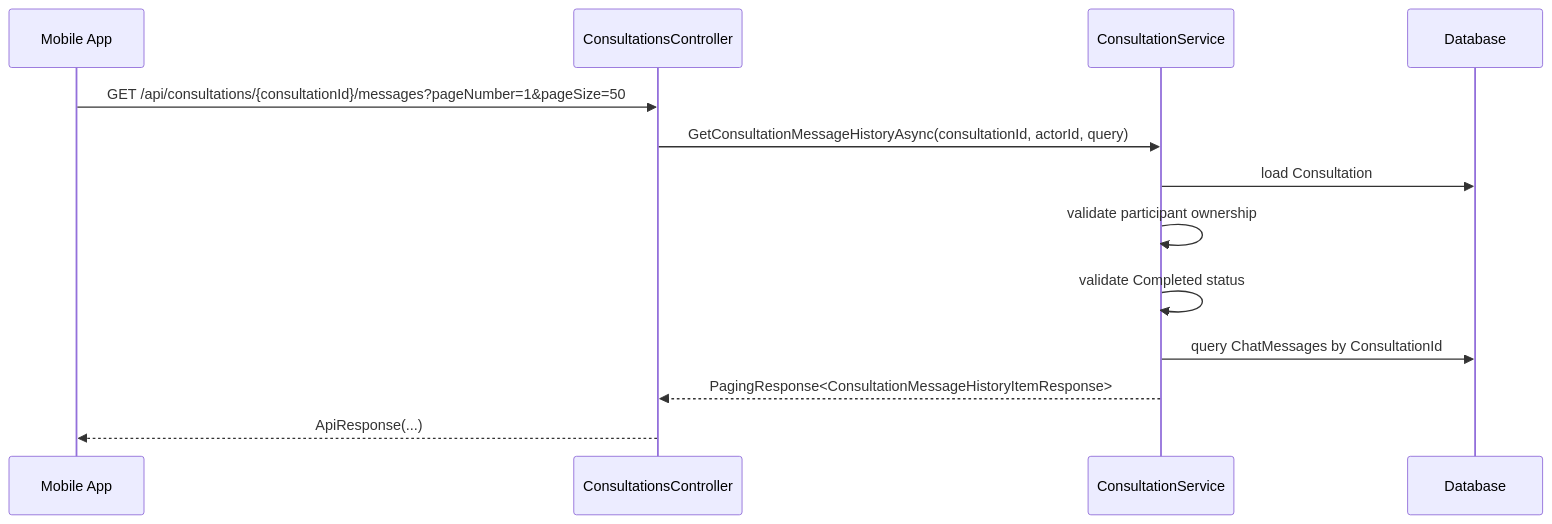
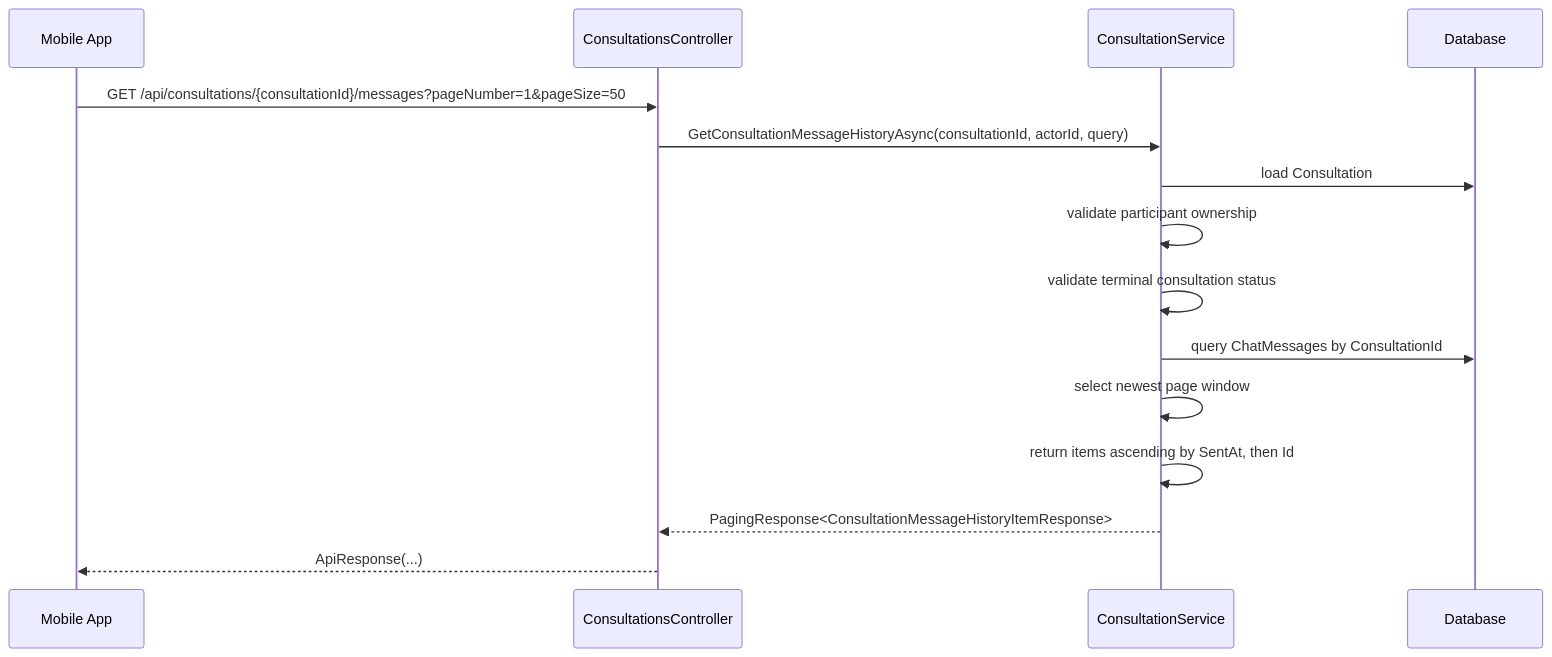
The third of 3 diagrams in Docs/05-Backend/02-layers/consultation-message-history/consultation-message-history.sourcecode.md (Snake-AID/SnakeAid.Docs), drawn with Mermaid before and after one commit. The commit also changed other lines of this file and 4 other files, not shown here.

Commit message:
docs(consultation-message-history): update documentation to reflect terminal consultation states for message history retrieval

````diff
--- a/Docs/05-Backend/02-layers/consultation-message-history/consultation-message-history.sourcecode.md
+++ b/Docs/05-Backend/02-layers/consultation-message-history/consultation-message-history.sourcecode.md
@@ -165,16 +171,18 @@
 ```mermaid
 sequenceDiagram
     participant App as Mobile App
     participant API as ConsultationsController
     participant Service as ConsultationService
     participant DB as Database
 
     App->>API: GET /api/consultations/{consultationId}/messages?pageNumber=1&pageSize=50
     API->>Service: GetConsultationMessageHistoryAsync(consultationId, actorId, query)
     Service->>DB: load Consultation
     Service->>Service: validate participant ownership
-    Service->>Service: validate Completed status
+    Service->>Service: validate terminal consultation status
     Service->>DB: query ChatMessages by ConsultationId
+    Service->>Service: select newest page window
+    Service->>Service: return items ascending by SentAt, then Id
     Service-->>API: PagingResponse<ConsultationMessageHistoryItemResponse>
     API-->>App: ApiResponse(...)
 ```
````
